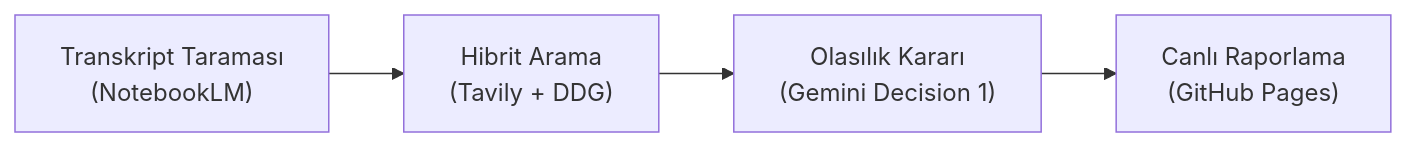
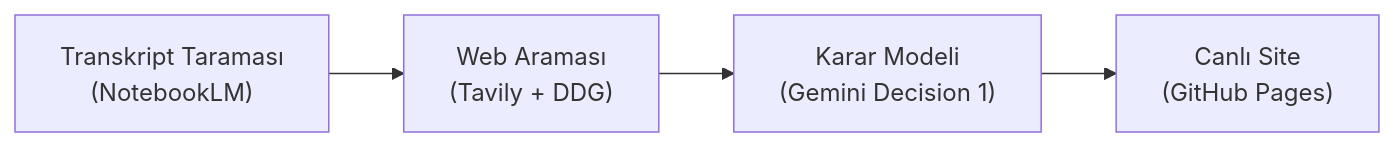
One commit to ytalharabaci/sah-ongoru-analizi changed the diagram in docs/index.md. Above: the diagram before and after it, drawn with Mermaid. The commit also changed other lines of this file and 8 other files, not shown here.

````diff
--- a/docs/index.md
+++ b/docs/index.md
@@ -29,6 +25,6 @@
 ```mermaid
 flowchart LR
-    A["Transkript Taraması<br/>(NotebookLM)"] --> B["Hibrit Arama<br/>(Tavily + DDG)"]
-    B --> C["Olasılık Kararı<br/>(Gemini Decision 1)"]
-    C --> D["Canlı Raporlama<br/>(GitHub Pages)"]
+    A["Transkript Taraması<br/>(NotebookLM)"] --> B["Web Araması<br/>(Tavily + DDG)"]
+    B --> C["Karar Modeli<br/>(Gemini Decision 1)"]
+    C --> D["Canlı Site<br/>(GitHub Pages)"]
 ```
````
